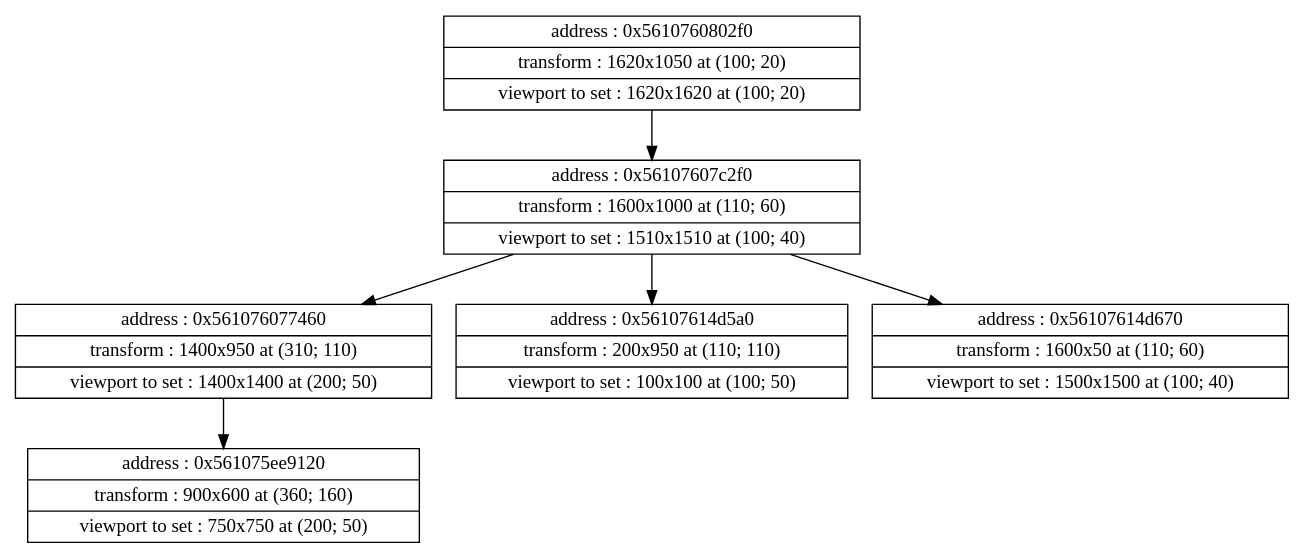
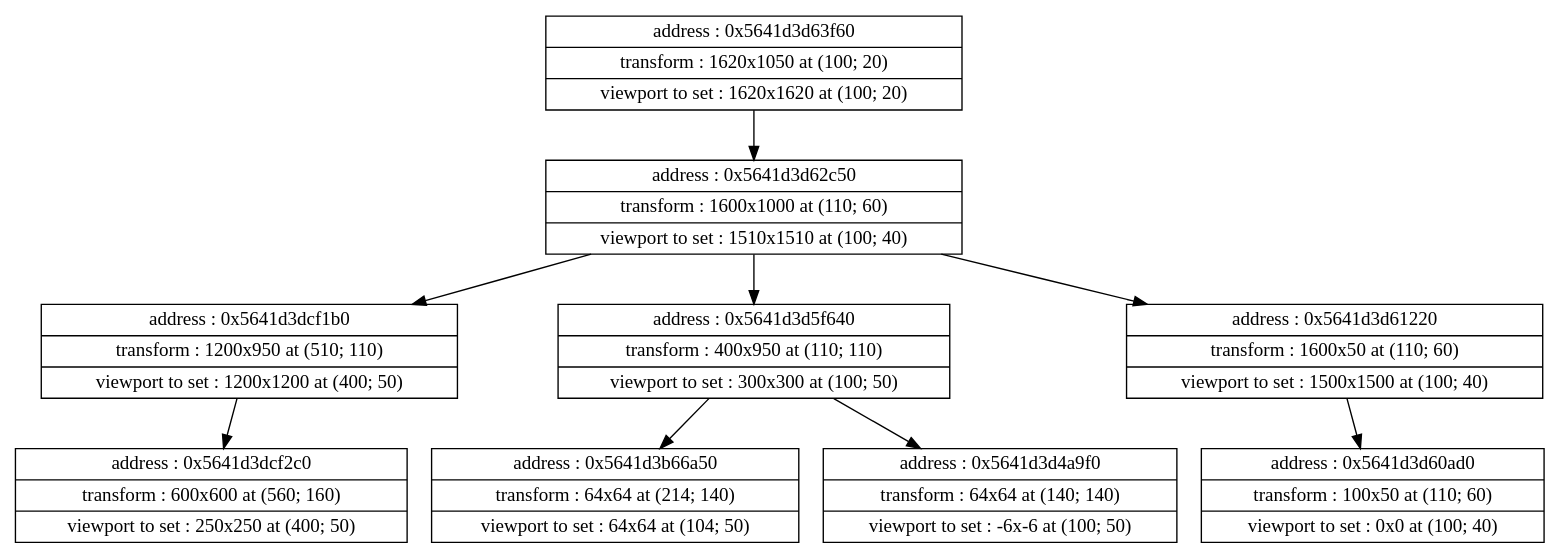
The diagram in projects/00_ShishGL/assets/layout.dot (Shishqa/3sem_cpp-practice), drawn with Graphviz before and after one commit. The commit also changed 255 other files, not shown here.

```diff
--- a/projects/00_ShishGL/assets/layout.dot
+++ b/projects/00_ShishGL/assets/layout.dot
@@ -1,20 +1,29 @@
 digraph {
 	node [shape=record]
-	node0x5610760802f0 [label = "{address : 0x5610760802f0 |transform : 1620x1050 at (100; 20) |viewport to set : 1620x1620 at (100; 20)}"];
+	node0x5641d3d63f60 [label = "{address : 0x5641d3d63f60 |transform : 1620x1050 at (100; 20) |viewport to set : 1620x1620 at (100; 20)}"];
 
-	 node0x5610760802f0 -> node0x56107607c2f0 [color=black];
-	node0x56107607c2f0 [label = "{address : 0x56107607c2f0 |transform : 1600x1000 at (110; 60) |viewport to set : 1510x1510 at (100; 40)}"];
+	 node0x5641d3d63f60 -> node0x5641d3d62c50 [color=black];
+	node0x5641d3d62c50 [label = "{address : 0x5641d3d62c50 |transform : 1600x1000 at (110; 60) |viewport to set : 1510x1510 at (100; 40)}"];
 
-	 node0x56107607c2f0 -> node0x561076077460 [color=black];
-	node0x561076077460 [label = "{address : 0x561076077460 |transform : 1400x950 at (310; 110) |viewport to set : 1400x1400 at (200; 50)}"];
+	 node0x5641d3d62c50 -> node0x5641d3dcf1b0 [color=black];
+	node0x5641d3dcf1b0 [label = "{address : 0x5641d3dcf1b0 |transform : 1200x950 at (510; 110) |viewport to set : 1200x1200 at (400; 50)}"];
 
-	 node0x561076077460 -> node0x561075ee9120 [color=black];
-	node0x561075ee9120 [label = "{address : 0x561075ee9120 |transform : 900x600 at (360; 160) |viewport to set : 750x750 at (200; 50)}"];
+	 node0x5641d3dcf1b0 -> node0x5641d3dcf2c0 [color=black];
+	node0x5641d3dcf2c0 [label = "{address : 0x5641d3dcf2c0 |transform : 600x600 at (560; 160) |viewport to set : 250x250 at (400; 50)}"];
 
-	 node0x56107607c2f0 -> node0x56107614d5a0 [color=black];
-	node0x56107614d5a0 [label = "{address : 0x56107614d5a0 |transform : 200x950 at (110; 110) |viewport to set : 100x100 at (100; 50)}"];
+	 node0x5641d3d62c50 -> node0x5641d3d5f640 [color=black];
+	node0x5641d3d5f640 [label = "{address : 0x5641d3d5f640 |transform : 400x950 at (110; 110) |viewport to set : 300x300 at (100; 50)}"];
 
-	 node0x56107607c2f0 -> node0x56107614d670 [color=black];
-	node0x56107614d670 [label = "{address : 0x56107614d670 |transform : 1600x50 at (110; 60) |viewport to set : 1500x1500 at (100; 40)}"];
+	 node0x5641d3d5f640 -> node0x5641d3b66a50 [color=black];
+	node0x5641d3b66a50 [label = "{address : 0x5641d3b66a50 |transform : 64x64 at (214; 140) |viewport to set : 64x64 at (104; 50)}"];
+
+	 node0x5641d3d5f640 -> node0x5641d3d4a9f0 [color=black];
+	node0x5641d3d4a9f0 [label = "{address : 0x5641d3d4a9f0 |transform : 64x64 at (140; 140) |viewport to set : -6x-6 at (100; 50)}"];
+
+	 node0x5641d3d62c50 -> node0x5641d3d61220 [color=black];
+	node0x5641d3d61220 [label = "{address : 0x5641d3d61220 |transform : 1600x50 at (110; 60) |viewport to set : 1500x1500 at (100; 40)}"];
+
+	 node0x5641d3d61220 -> node0x5641d3d60ad0 [color=black];
+	node0x5641d3d60ad0 [label = "{address : 0x5641d3d60ad0 |transform : 100x50 at (110; 60) |viewport to set : 0x0 at (100; 40)}"];
 
 }
```
